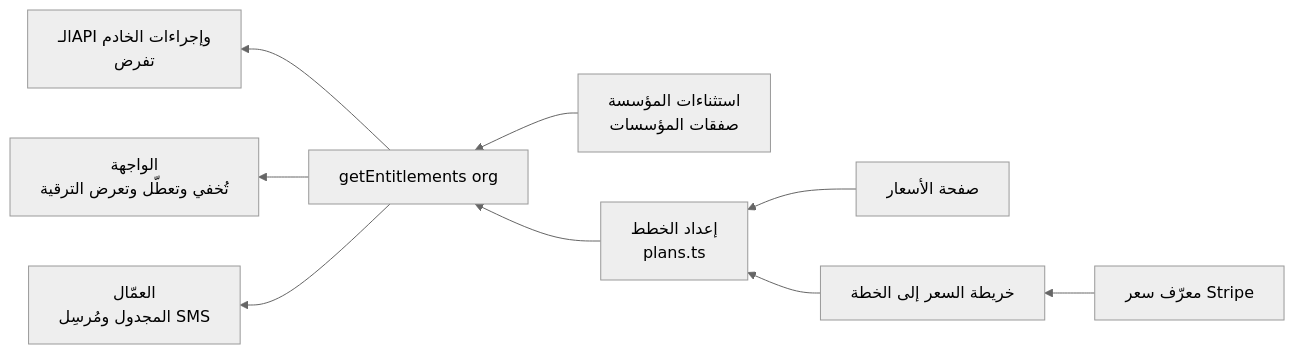
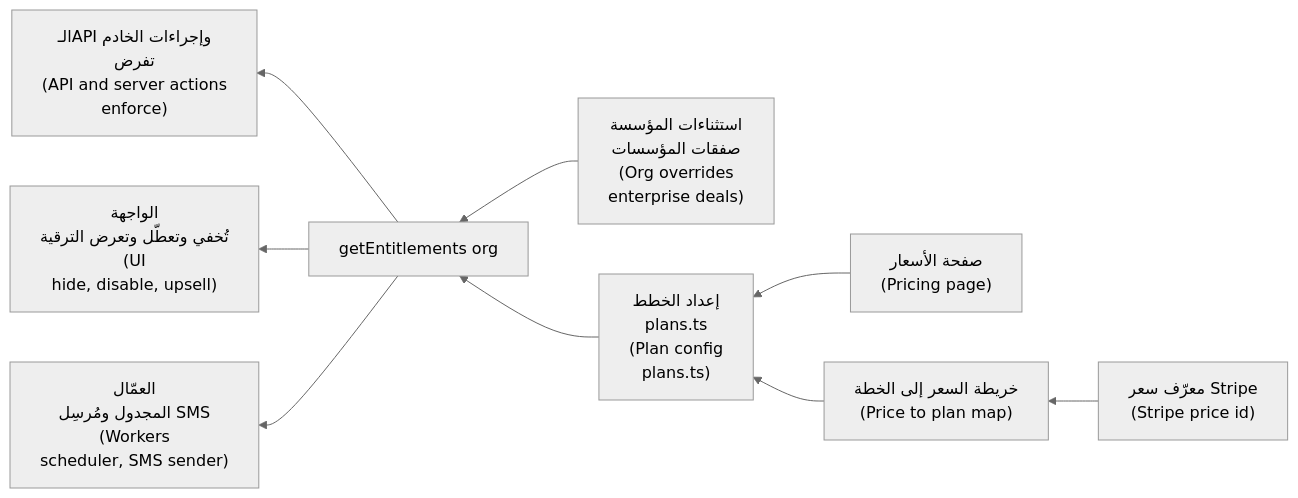
One commit to Tamoura/system-design-for-vibe-coders changed the third of 4 diagrams in saas/modules/03-money.ar.md. Above: the diagram before and after it, drawn with Mermaid (neutral theme). The commit also changed other lines of this file and 62 other files, not shown here.

First line of the commit message:
Arabic editions: English on every diagram label, RTL fixes, rebuild

````diff
--- a/saas/modules/03-money.ar.md
+++ b/saas/modules/03-money.ar.md
@@ -355,11 +355,11 @@
 ```mermaid
 flowchart RL
-    P["صفحة الأسعار"] --> C["إعداد الخطط<br/>plans.ts"]
-    S["معرّف سعر Stripe"] --> M["خريطة السعر إلى الخطة"]
+    P["صفحة الأسعار<br/>(Pricing page)"] --> C["إعداد الخطط<br/>plans.ts<br/>(Plan config<br/>plans.ts)"]
+    S["معرّف سعر Stripe<br/>(Stripe price id)"] --> M["خريطة السعر إلى الخطة<br/>(Price to plan map)"]
     M --> C
-    O["استثناءات المؤسسة<br/>صفقات المؤسسات"] --> E["getEntitlements org"]
+    O["استثناءات المؤسسة<br/>صفقات المؤسسات<br/>(Org overrides<br/>enterprise deals)"] --> E["getEntitlements org"]
     C --> E
-    E --> G1["الـAPI وإجراءات الخادم<br/>تفرض"]
-    E --> G2["الواجهة<br/>تُخفي وتعطّل وتعرض الترقية"]
-    E --> G3["العمّال<br/>المجدول ومُرسِل SMS"]
+    E --> G1["الـAPI وإجراءات الخادم<br/>تفرض<br/>(API and server actions<br/>enforce)"]
+    E --> G2["الواجهة<br/>تُخفي وتعطّل وتعرض الترقية<br/>(UI<br/>hide, disable, upsell)"]
+    E --> G3["العمّال<br/>المجدول ومُرسِل SMS<br/>(Workers<br/>scheduler, SMS sender)"]
 ```
````
